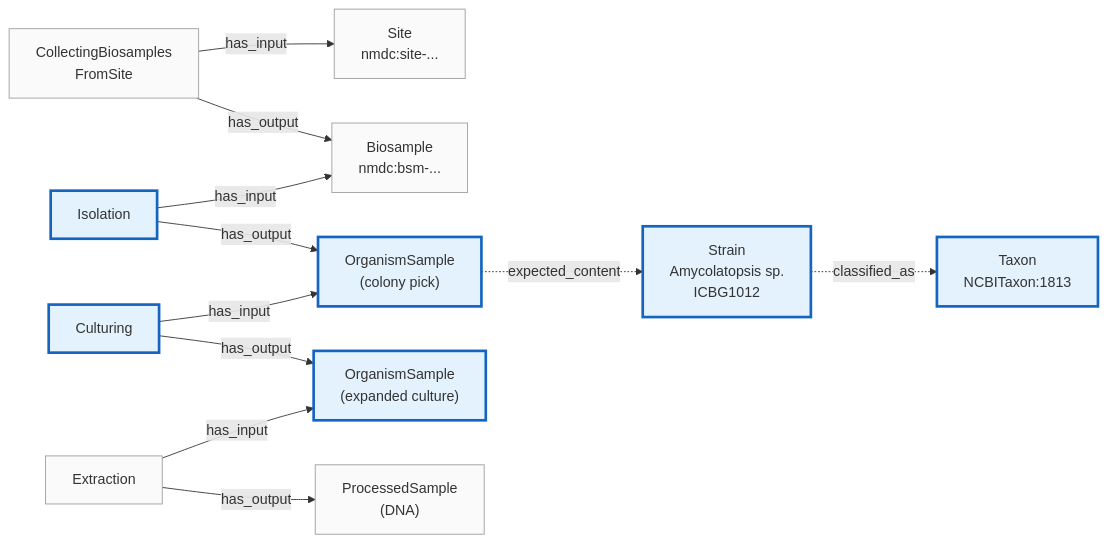
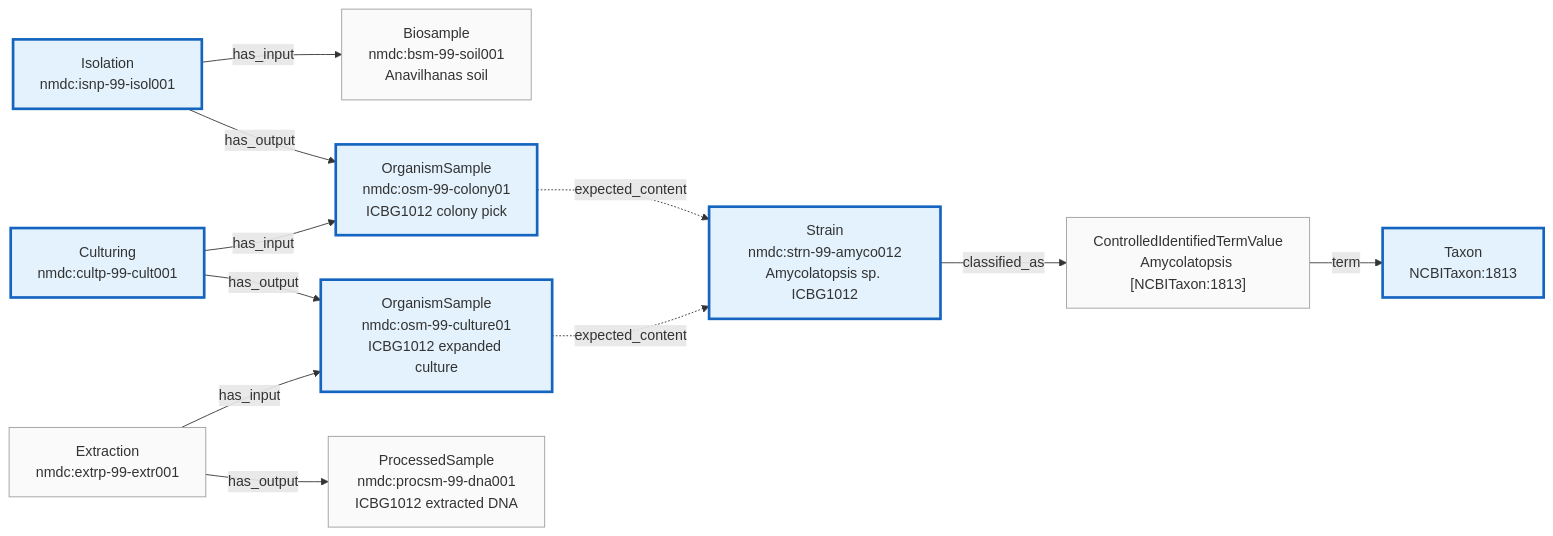
Before and after one commit to microbiomedata/nmdc-schema: the diagram in src/docs/images/use-case-1-environmental-isolation.mmd, drawn with Mermaid. The commit also changed 7 other files, not shown here.

```diff
--- a/src/docs/images/use-case-1-environmental-isolation.mmd
+++ b/src/docs/images/use-case-1-environmental-isolation.mmd
@@ -1,35 +1,33 @@
+%% Derived from src/data/valid/Database-isolate-from-soil-workflow.yaml.
+%% Shows every entity and edge asserted by the data file, including the
+%% ControlledIdentifiedTermValue wrapper between Strain.classified_as and Taxon.
+%% Upstream collection context (FieldResearchSite + CollectingBiosamplesFromSite)
+%% is not currently in the data file — omitted here to keep diagram faithful.
 flowchart LR
-    Site["Site\nnmdc:site-..."]
-    BSM["Biosample\nnmdc:bsm-..."]
-    CBFS["CollectingBiosamples\nFromSite"]
-    ISN["Isolation"]
-    OSM1["OrganismSample\n(colony pick)"]
-    CULT["Culturing"]
-    OSM2["OrganismSample\n(expanded culture)"]
-    EXT["Extraction"]
-    PSM["ProcessedSample\n(DNA)"]
-    STRN["Strain\nAmycolatopsis sp.\nICBG1012"]
-    TAX["Taxon\nNCBITaxon:1813"]
+    BSM["Biosample<br/>nmdc:bsm-99-soil001<br/>Anavilhanas soil"]
+    ISN["Isolation<br/>nmdc:isnp-99-isol001"]
+    OSM1["OrganismSample<br/>nmdc:osm-99-colony01<br/>ICBG1012 colony pick"]
+    CULT["Culturing<br/>nmdc:cultp-99-cult001"]
+    OSM2["OrganismSample<br/>nmdc:osm-99-culture01<br/>ICBG1012 expanded culture"]
+    EXT["Extraction<br/>nmdc:extrp-99-extr001"]
+    PSM["ProcessedSample<br/>nmdc:procsm-99-dna001<br/>ICBG1012 extracted DNA"]
+    STRN["Strain<br/>nmdc:strn-99-amyco012<br/>Amycolatopsis sp. ICBG1012"]
+    CITV["ControlledIdentifiedTermValue<br/>Amycolatopsis [NCBITaxon:1813]"]
+    TAX["Taxon<br/>NCBITaxon:1813"]
 
-    CBFS -->|has_input| Site
-    CBFS -->|has_output| BSM
     ISN -->|has_input| BSM
     ISN -->|has_output| OSM1
     CULT -->|has_input| OSM1
     CULT -->|has_output| OSM2
     EXT -->|has_input| OSM2
     EXT -->|has_output| PSM
+
     OSM1 -.->|expected_content| STRN
-    STRN -.->|classified_as| TAX
+    OSM2 -.->|expected_content| STRN
+    STRN -->|classified_as| CITV
+    CITV -->|term| TAX
 
-    style OSM1 fill:#e3f2fd,stroke:#1565c0,stroke-width:3px
-    style OSM2 fill:#e3f2fd,stroke:#1565c0,stroke-width:3px
-    style ISN fill:#e3f2fd,stroke:#1565c0,stroke-width:3px
-    style CULT fill:#e3f2fd,stroke:#1565c0,stroke-width:3px
-    style STRN fill:#e3f2fd,stroke:#1565c0,stroke-width:3px
-    style TAX fill:#e3f2fd,stroke:#1565c0,stroke-width:3px
-    style Site fill:#fafafa,stroke:#9e9e9e
-    style BSM fill:#fafafa,stroke:#9e9e9e
-    style CBFS fill:#fafafa,stroke:#9e9e9e
-    style EXT fill:#fafafa,stroke:#9e9e9e
-    style PSM fill:#fafafa,stroke:#9e9e9e
+    classDef newPR fill:#e3f2fd,stroke:#1565c0,stroke-width:3px
+    classDef concrete fill:#fafafa,stroke:#9e9e9e
+    class ISN,CULT,OSM1,OSM2,STRN,TAX newPR
+    class BSM,EXT,PSM,CITV concrete
```
